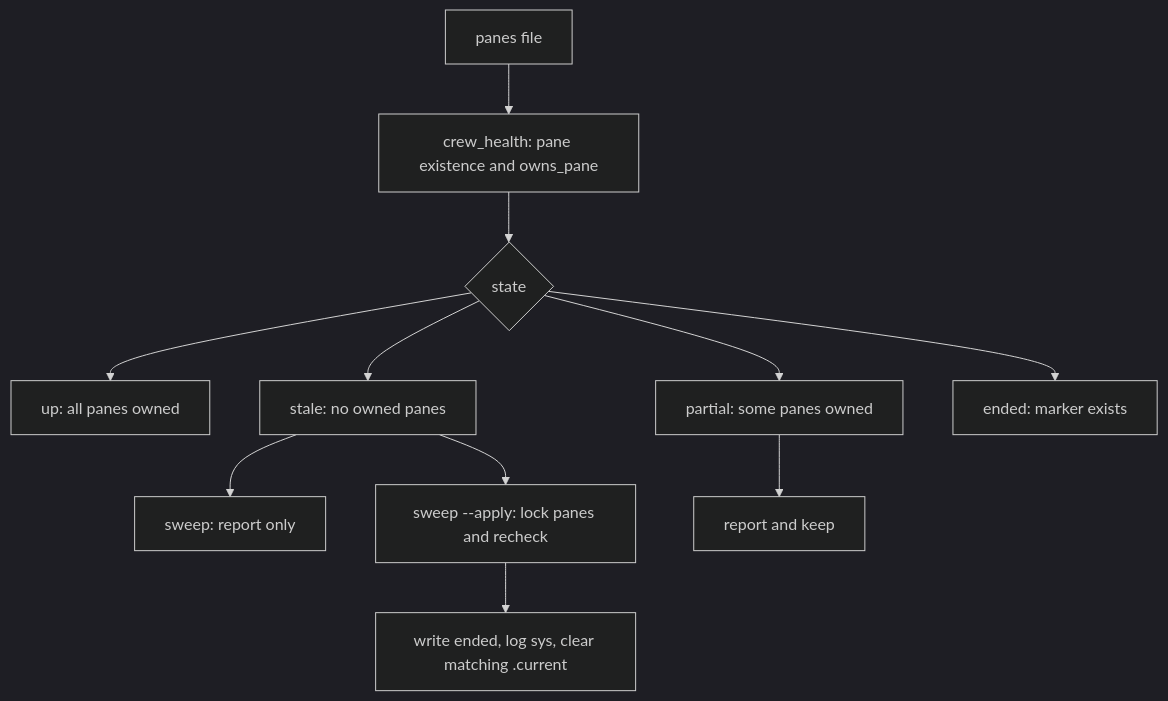
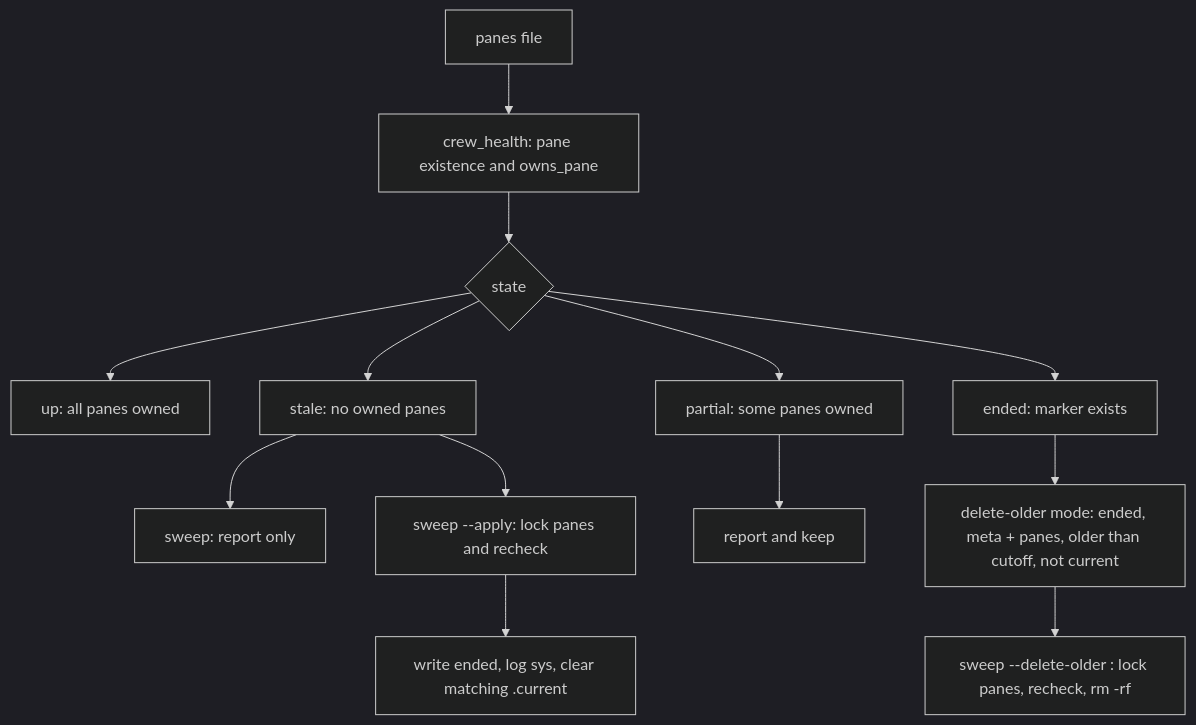
The diagram in lode/cli/listing.md (mifwar/crew), drawn with Mermaid (dark theme) before and after one commit. The commit also changed other lines of this file and 20 other files, not shown here.

````diff
--- a/lode/cli/listing.md
+++ b/lode/cli/listing.md
@@ -19,13 +22,15 @@
 ```mermaid
 flowchart TD
   panes[panes file] --> health[crew_health: pane existence and owns_pane]
   health --> state{state}
   state --> up[up: all panes owned]
   state --> partial[partial: some panes owned]
   state --> stale[stale: no owned panes]
   state --> ended[ended: marker exists]
   stale --> dry[sweep: report only]
   stale --> apply[sweep --apply: lock panes and recheck]
   apply --> bookkeeping[write ended, log sys, clear matching .current]
   partial --> keep[report and keep]
+  ended --> older[delete-older mode: ended, meta + panes, older than cutoff, not current]
+  older --> prune["sweep --delete-older <age>: lock panes, recheck, rm -rf"]
 ```
````
